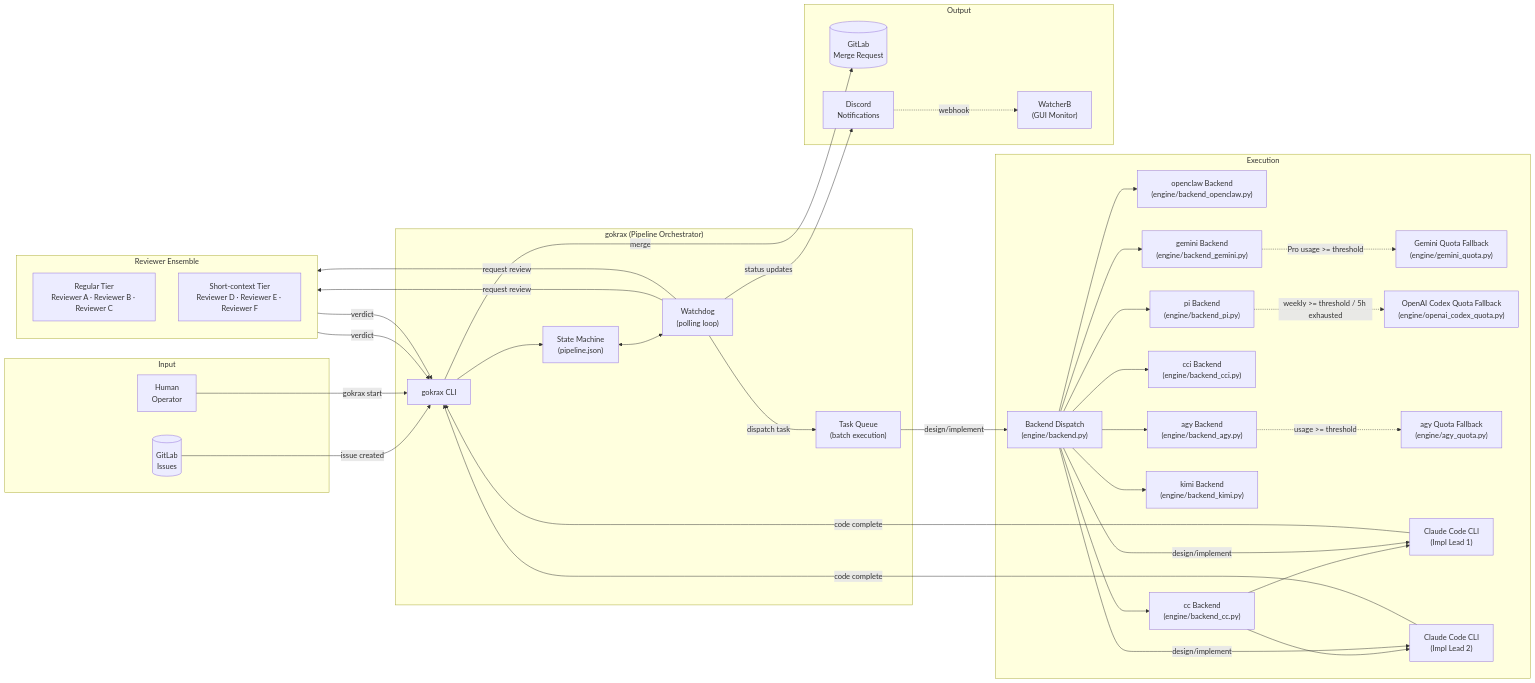
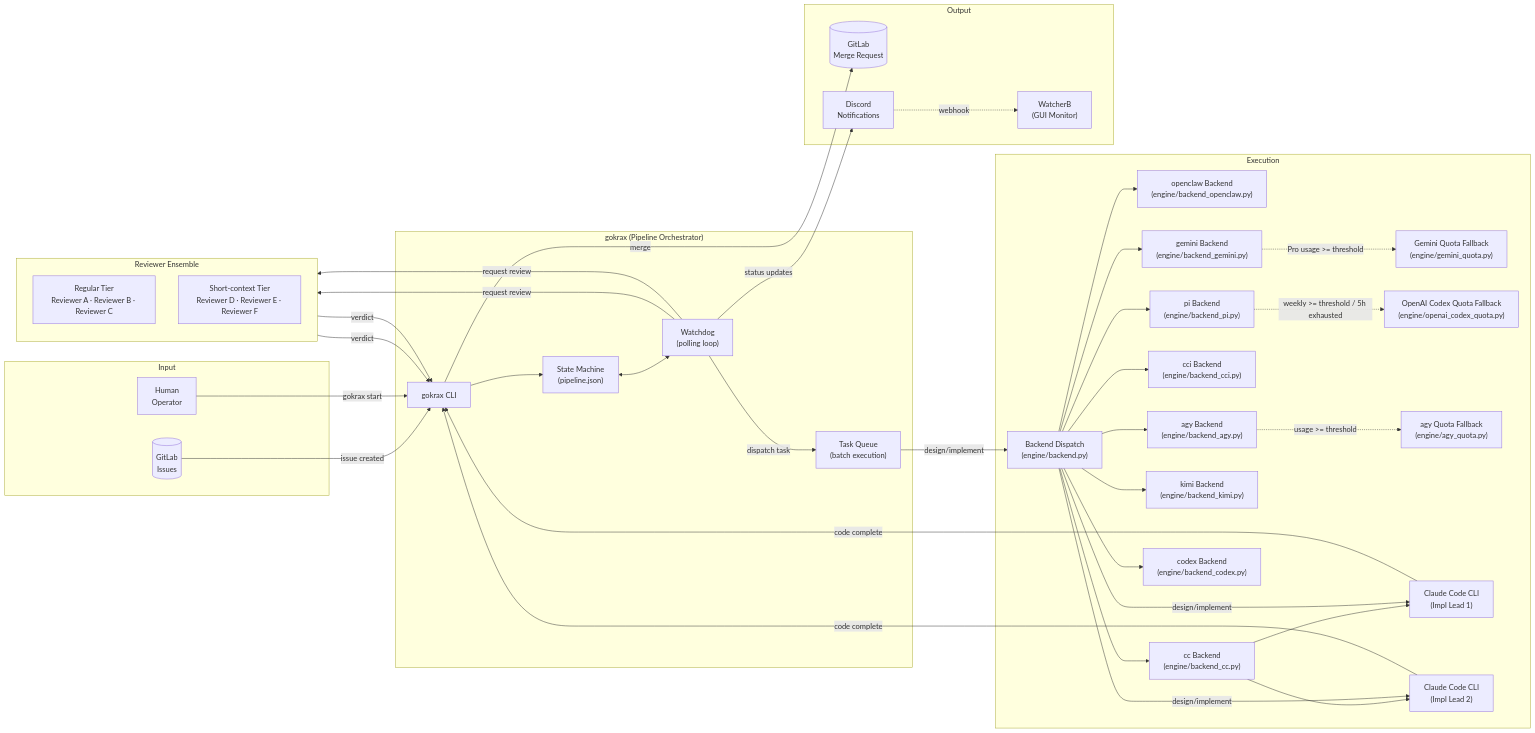
The first of 6 diagrams in docs/architecture.md (atakalive/gokrax), drawn with Mermaid before and after one commit. The commit also changed other lines of this file and 25 other files, not shown here.

First line of the commit message:
feat: add codex CLI backend. Closes #397

````diff
--- a/docs/architecture.md
+++ b/docs/architecture.md
@@ -7,72 +7,74 @@
 ```mermaid
 graph LR
     subgraph Input
         GL[("GitLab<br/>Issues")]
         Owner["Human<br/>Operator"]
     end
 
     subgraph gokrax["gokrax (Pipeline Orchestrator)"]
         CLI["gokrax CLI"]
         SM["State Machine<br/>(pipeline.json)"]
         WD["Watchdog<br/>(polling loop)"]
         TQ["Task Queue<br/>(batch execution)"]
     end
 
     subgraph Execution
         BD["Backend Dispatch<br/>(engine/backend.py)"]
         BE_OC["openclaw Backend<br/>(engine/backend_openclaw.py)"]
         BE_PI["pi Backend<br/>(engine/backend_pi.py)"]
         BE_CC["cc Backend<br/>(engine/backend_cc.py)"]
         BE_CCI["cci Backend<br/>(engine/backend_cci.py)"]
         BE_GM["gemini Backend<br/>(engine/backend_gemini.py)"]
         BE_KM["kimi Backend<br/>(engine/backend_kimi.py)"]
         BE_AGY["agy Backend<br/>(engine/backend_agy.py)"]
+        BE_CX["codex Backend<br/>(engine/backend_codex.py)"]
         QF_GM["Gemini Quota Fallback<br/>(engine/gemini_quota.py)"]
         QF_CDX["OpenAI Codex Quota Fallback<br/>(engine/openai_codex_quota.py)"]
         QF_AGY["agy Quota Fallback<br/>(engine/agy_quota.py)"]
         CC1["Claude Code CLI<br/>(Impl Lead 1)"]
         CC2["Claude Code CLI<br/>(Impl Lead 2)"]
         BD --> BE_OC
         BD --> BE_PI
         BD --> BE_CC
         BD --> BE_CCI
         BD --> BE_GM
         BD --> BE_KM
         BD --> BE_AGY
+        BD --> BE_CX
         BE_PI -. weekly >= threshold / 5h exhausted .-> QF_CDX
         BE_GM -. Pro usage >= threshold .-> QF_GM
         BE_AGY -. usage >= threshold .-> QF_AGY
         BE_CC --> CC1
         BE_CC --> CC2
     end
 
     subgraph Review["Reviewer Ensemble"]
         direction TB
         R_REG["Regular Tier<br/>Reviewer A · Reviewer B · Reviewer C"]
         R_SHORT["Short-context Tier<br/>Reviewer D · Reviewer E · Reviewer F"]
     end
 
     subgraph Output
         MR[("GitLab<br/>Merge Request")]
         DC["Discord<br/>Notifications"]
         WB["WatcherB<br/>(GUI Monitor)"]
     end
 
     GL -->|"issue created"| CLI
     Owner -->|"gokrax start"| CLI
     CLI --> SM
     SM <--> WD
     WD -->|"dispatch task"| TQ
     TQ -->|"design/implement"| BD
     BD -->|"design/implement"| CC1
     BD -->|"design/implement"| CC2
     WD -->|"request review"| R_REG
     WD -->|"request review"| R_SHORT
     R_REG -->|"verdict"| CLI
     R_SHORT -->|"verdict"| CLI
     CC1 -->|"code complete"| CLI
     CC2 -->|"code complete"| CLI
     CLI -->|"merge"| MR
     WD -->|"status updates"| DC
     DC -.->|"webhook"| WB
 ```
````
